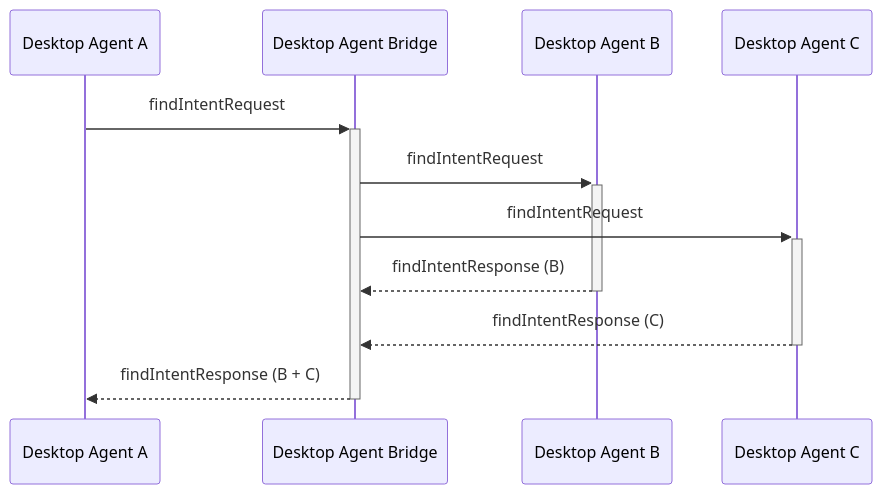
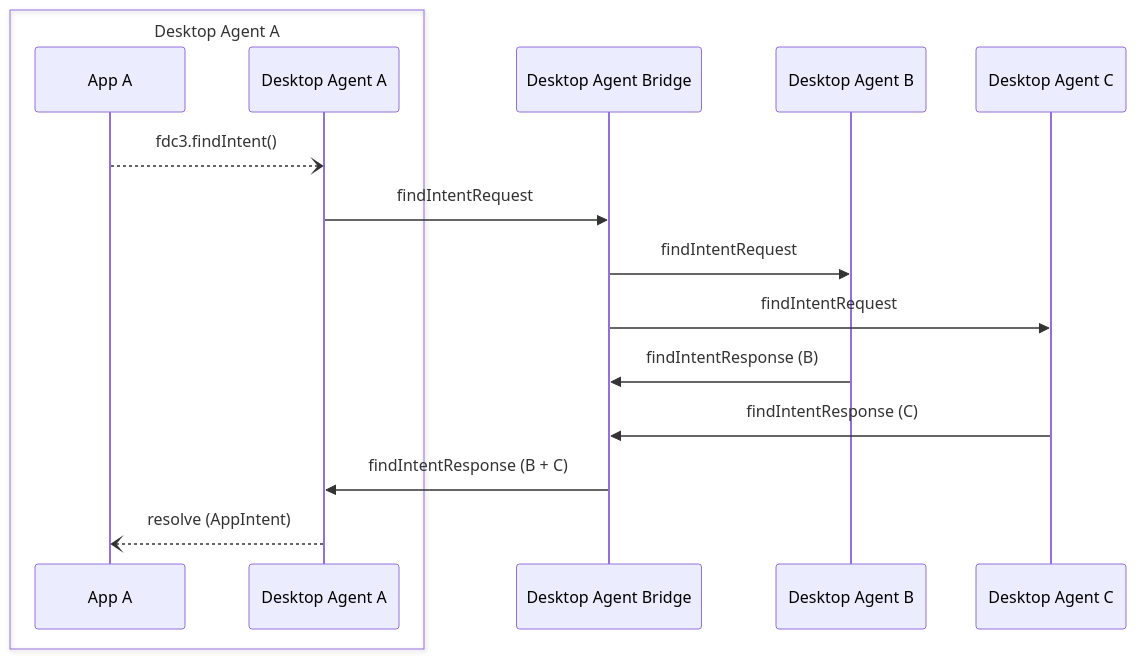
One commit to finos/FDC3 changed the diagram in docs/agent-bridging/ref/findIntent.md. Above: the diagram before and after it, drawn with Mermaid. The commit also changed 12 other files, not shown here.

First line of the commit message:
Add the app to each reference page mermaid diagram to clarify how mes… (#80)

````diff
--- a/docs/agent-bridging/ref/findIntent.md
+++ b/docs/agent-bridging/ref/findIntent.md
@@ -21,13 +21,18 @@
 ```mermaid
 sequenceDiagram
+    box Desktop Agent A 
+    participant AA as App A
     participant DA as Desktop Agent A
+    end
     participant DAB as Desktop Agent Bridge
     participant DB as Desktop Agent B
     participant DC as Desktop Agent C
-    DA ->>+ DAB: findIntentRequest
-    DAB ->>+ DB: findIntentRequest
-    DAB ->>+ DC: findIntentRequest
-    DB -->>- DAB: findIntentResponse (B)
-    DC -->>- DAB: findIntentResponse (C)
-    DAB -->>- DA: findIntentResponse (B + C)
+    AA --) DA: fdc3.findIntent()
+    DA ->> DAB: findIntentRequest
+    DAB ->> DB: findIntentRequest
+    DAB ->> DC: findIntentRequest
+    DB ->> DAB: findIntentResponse (B)
+    DC ->> DAB: findIntentResponse (C)
+    DAB ->> DA: findIntentResponse (B + C)
+    DA --) AA: resolve (AppIntent)
 ```
````
